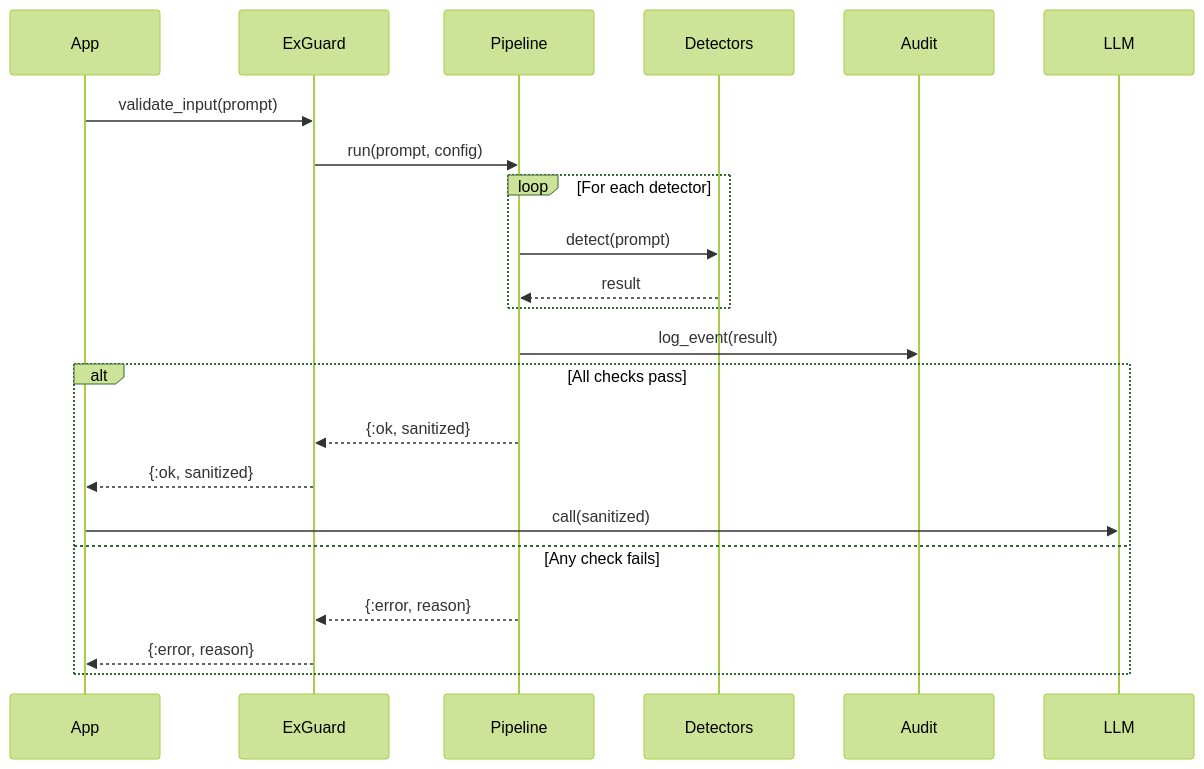
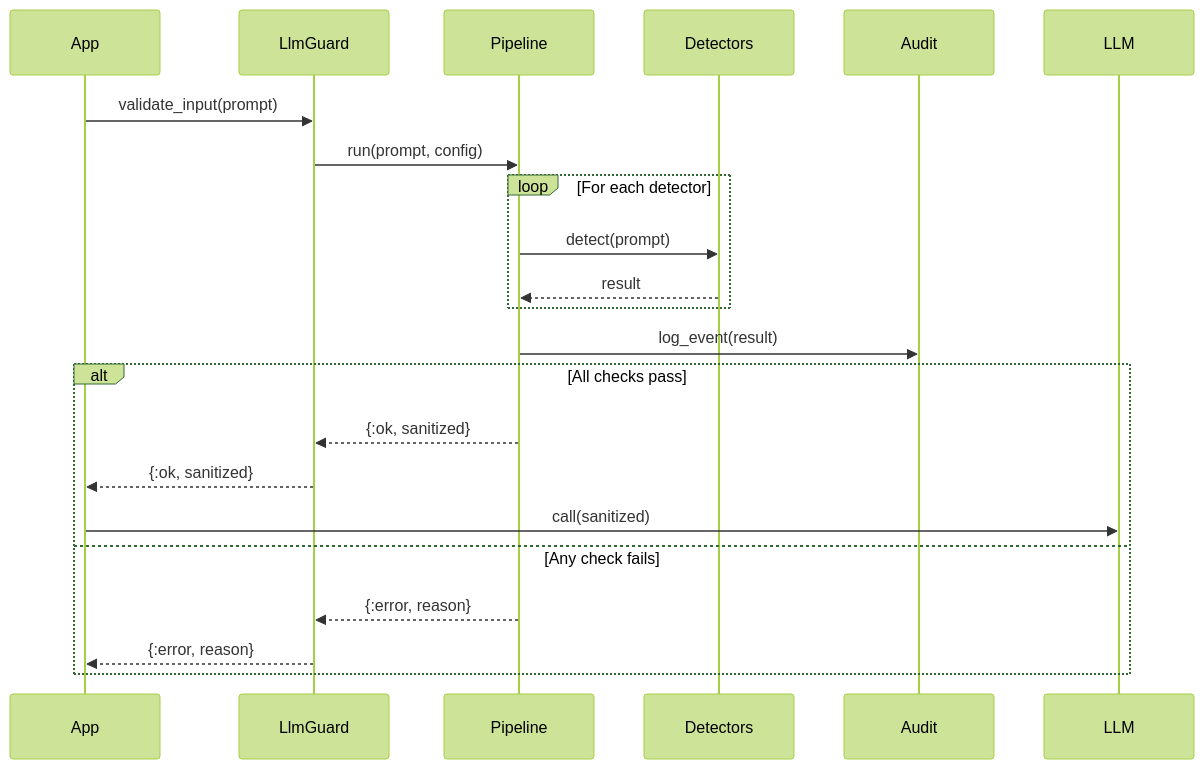
Before and after one commit to North-Shore-AI/LlmGuard: the third of 7 diagrams in docs/architecture.md, drawn with Mermaid (forest theme). The commit also changed other lines of this file and 12 other files, not shown here.

````diff
--- a/docs/architecture.md
+++ b/docs/architecture.md
@@ -188,28 +188,28 @@
 ```mermaid
 sequenceDiagram
     participant App
-    participant ExGuard
+    participant LlmGuard
     participant Pipeline
     participant Detectors
     participant Audit
     participant LLM
 
-    App->>ExGuard: validate_input(prompt)
-    ExGuard->>Pipeline: run(prompt, config)
+    App->>LlmGuard: validate_input(prompt)
+    LlmGuard->>Pipeline: run(prompt, config)
 
     loop For each detector
         Pipeline->>Detectors: detect(prompt)
         Detectors-->>Pipeline: result
     end
 
     Pipeline->>Audit: log_event(result)
 
     alt All checks pass
-        Pipeline-->>ExGuard: {:ok, sanitized}
-        ExGuard-->>App: {:ok, sanitized}
+        Pipeline-->>LlmGuard: {:ok, sanitized}
+        LlmGuard-->>App: {:ok, sanitized}
         App->>LLM: call(sanitized)
     else Any check fails
-        Pipeline-->>ExGuard: {:error, reason}
-        ExGuard-->>App: {:error, reason}
+        Pipeline-->>LlmGuard: {:error, reason}
+        LlmGuard-->>App: {:error, reason}
     end
 ```
````
